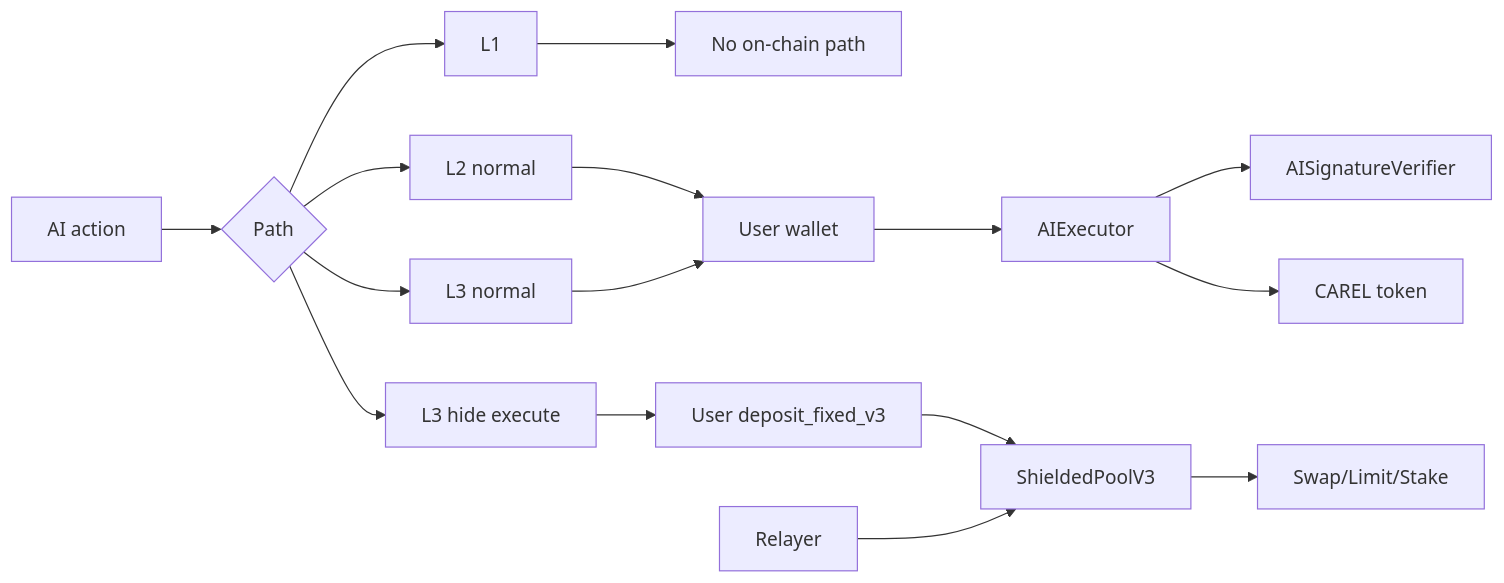
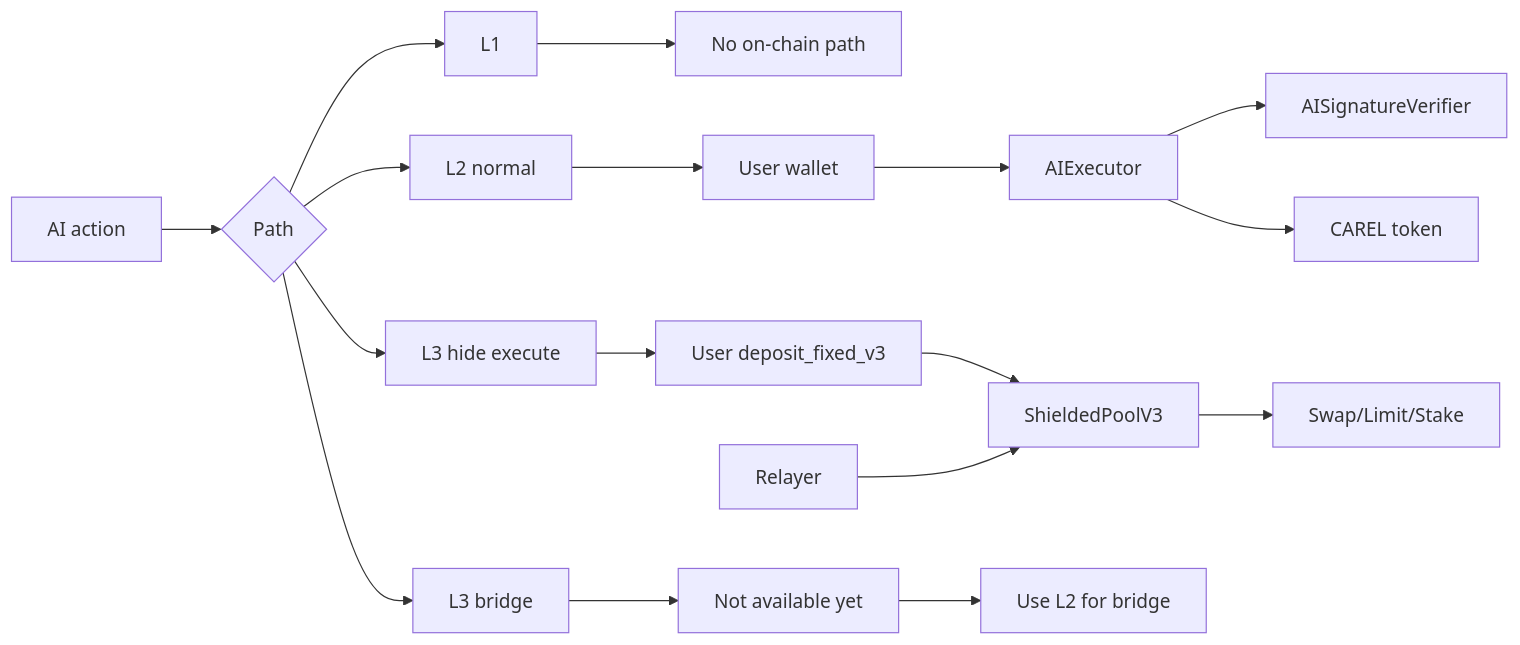
One commit to ntfound-dev/zkcarel_protocol changed the fifth of 5 diagrams in smartcontract/README.md. Above: the diagram before and after it, drawn with Mermaid. The commit also changed other lines of this file and 19 other files, not shown here.

````diff
--- a/smartcontract/README.md
+++ b/smartcontract/README.md
@@ -188,22 +188,23 @@
 ```mermaid
 flowchart LR
   A[AI action] --> B{Path}
 
   B --> C[L1]
   C --> C1[No on-chain path]
 
   B --> D[L2 normal]
   D --> U[User wallet]
   U --> AIEXEC[AIExecutor]
   AIEXEC --> AIVER[AISignatureVerifier]
   AIEXEC --> CAREL[CAREL token]
 
-  B --> E[L3 normal]
-  E --> U
-
-  B --> F[L3 hide execute]
-  F --> NOTE[User deposit_fixed_v3]
+  B --> E[L3 hide execute]
+  E --> NOTE[User deposit_fixed_v3]
   NOTE --> EXEC[ShieldedPoolV3]
   R[Relayer] --> EXEC
   EXEC --> TARGET[Swap/Limit/Stake]
+
+  B --> F[L3 bridge]
+  F --> F1[Not available yet]
+  F1 --> F2[Use L2 for bridge]
 ```
````
